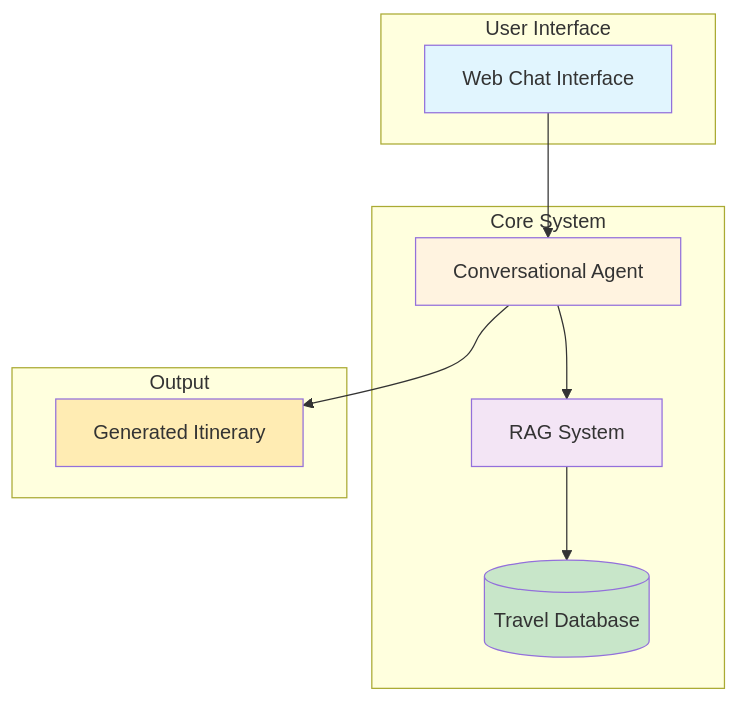
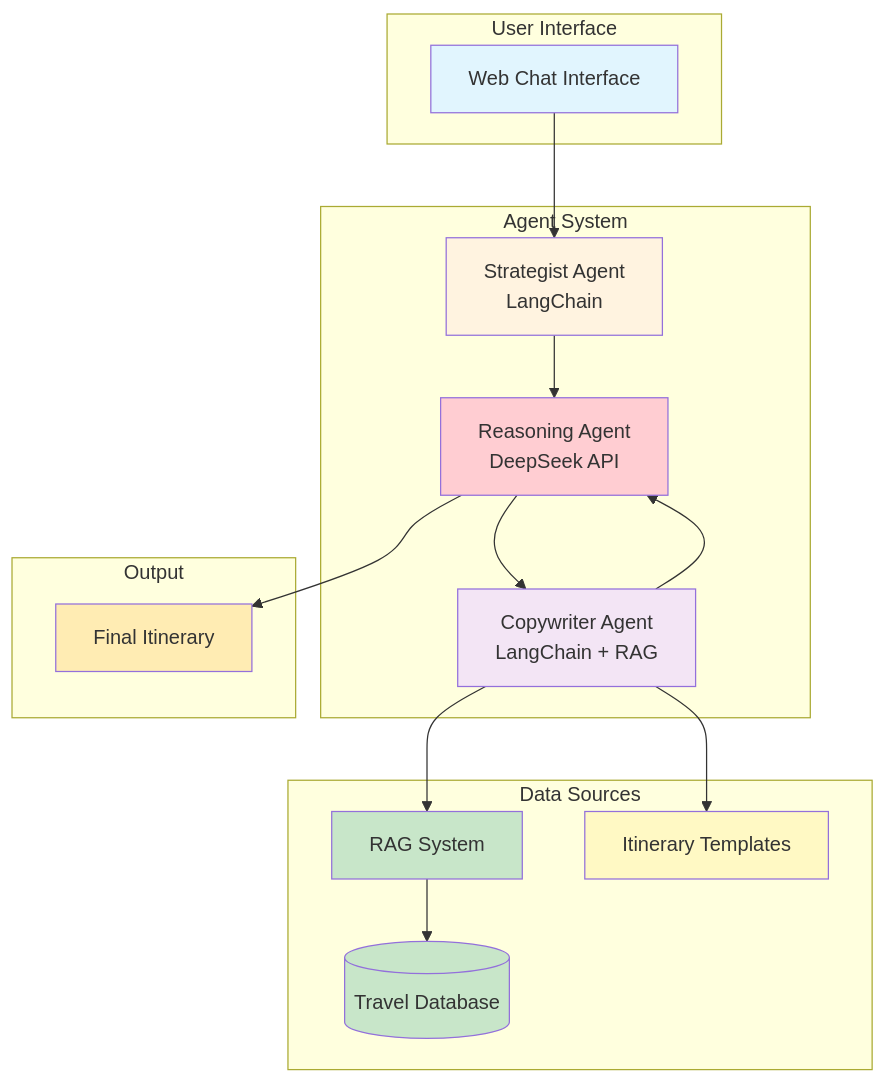
The first of 2 diagrams in workflow_diagram.md (saha0073/travel-itinerary-generation), drawn with Mermaid before and after one commit. The commit also changed other lines of this file, not shown here.

````diff
--- a/workflow_diagram.md
+++ b/workflow_diagram.md
@@ -5,27 +5,40 @@
 ```mermaid
 graph TB
     subgraph "User Interface"
         UI[Web Chat Interface]
     end
     
-    subgraph "Core System"
-        AGENT[Conversational Agent]
+    subgraph "Agent System"
+        SA[Strategist Agent<br/>LangChain]
+        CA[Copywriter Agent<br/>LangChain + RAG]
+        RA[Reasoning Agent<br/>DeepSeek API]
+    end
+    
+    subgraph "Data Sources"
         RAG[RAG System]
         DB[(Travel Database)]
+        TEMPLATES[Itinerary Templates]
     end
     
     subgraph "Output"
-        ITINERARY[Generated Itinerary]
+        ITINERARY[Final Itinerary]
     end
     
-    UI --> AGENT
-    AGENT --> RAG
+    UI --> SA
+    SA --> RA
+    RA --> CA
+    CA --> RAG
     RAG --> DB
-    AGENT --> ITINERARY
+    CA --> TEMPLATES
+    CA --> RA
+    RA --> ITINERARY
     
     style UI fill:#e1f5fe
-    style AGENT fill:#fff3e0
-    style RAG fill:#f3e5f5
+    style SA fill:#fff3e0
+    style CA fill:#f3e5f5
+    style RA fill:#ffcdd2
+    style RAG fill:#c8e6c9
     style DB fill:#c8e6c9
+    style TEMPLATES fill:#fff9c4
     style ITINERARY fill:#ffecb3
 ```
````
